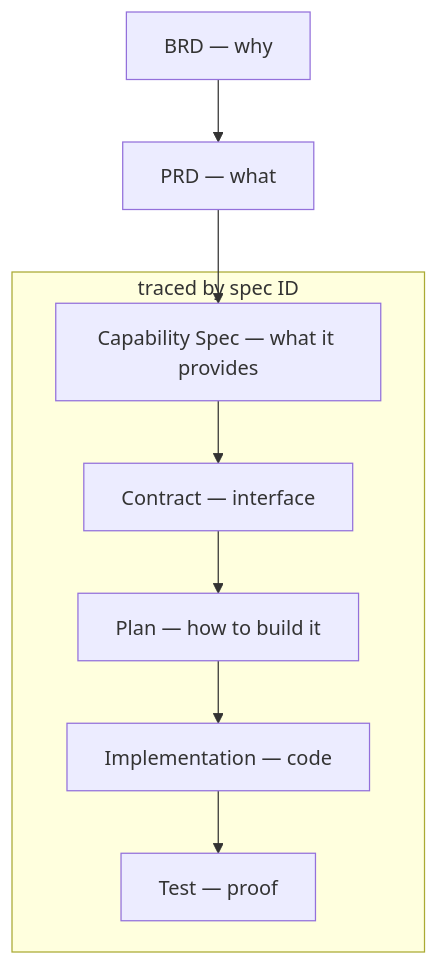
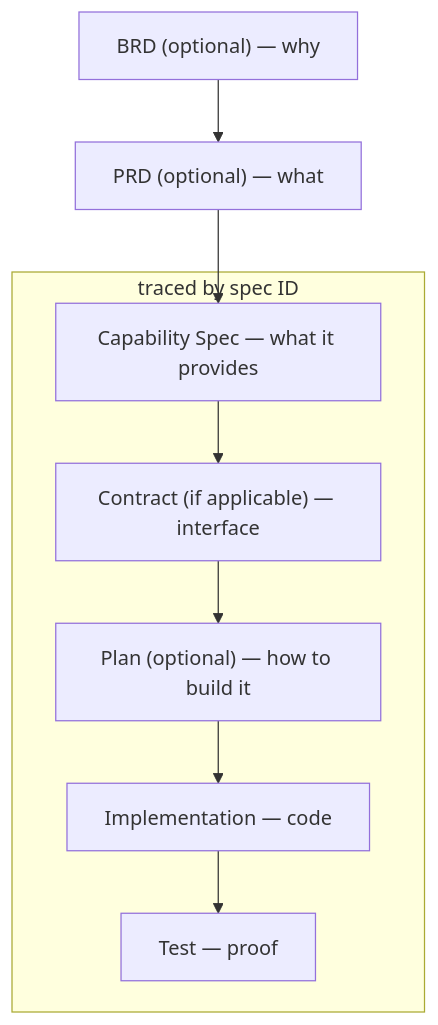
Before and after one commit to foreachpartners/main-spex: the first of 2 diagrams in README.md, drawn with Mermaid. The commit also changed 1 other file, not shown here.

Commit message:
docs: clarify what is optional

````diff
--- a/README.md
+++ b/README.md
@@ -89,12 +89,12 @@
 ```mermaid
 flowchart TD
-    BRD["BRD — why"] --> PRD["PRD — what"]
+    BRD["BRD (optional) — why"] --> PRD["PRD (optional) — what"]
     PRD --> Cap
 
     subgraph Traced ["traced by spec ID"]
-        Cap["Capability Spec — what it provides"] --> Contract["Contract — interface"]
-        Contract --> Plan["Plan — how to build it"]
+        Cap["Capability Spec — what it provides"] --> Contract["Contract (if applicable) — interface"]
+        Contract --> Plan["Plan (optional) — how to build it"]
         Plan --> Impl["Implementation — code"]
         Impl --> Test["Test — proof"]
     end
 ```
````
